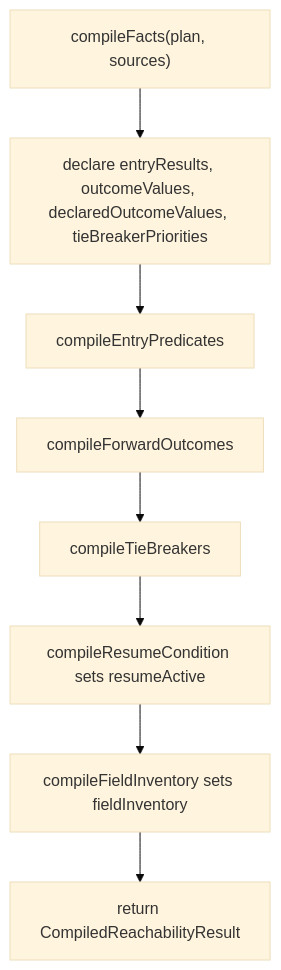
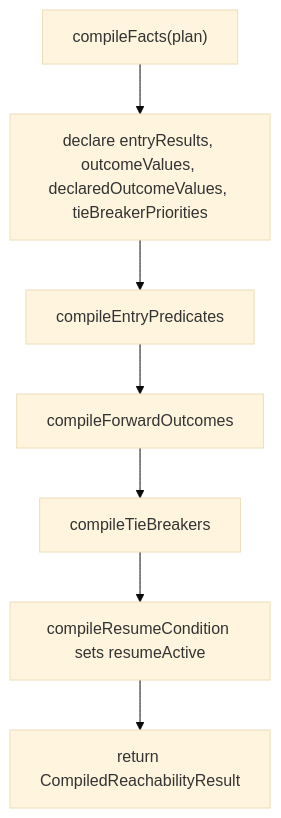
The first of 6 diagrams in packages/forge-core/src/engine/concerns/reachability/lowering/README.md (ministryofjustice/hmpps-forge), drawn with Mermaid (base theme) before and after one commit. The commit also changed other lines of this file and 34 other files, not shown here.

Commit message:
Give answer-cleardown its own compiled field inventory artifact

````diff
--- a/packages/forge-core/src/engine/concerns/reachability/lowering/README.md
+++ b/packages/forge-core/src/engine/concerns/reachability/lowering/README.md
@@ -44,10 +36,9 @@
 ```mermaid
 flowchart TD
-  start["compileFacts(plan, sources)"] --> arrays["declare entryResults, outcomeValues, declaredOutcomeValues, tieBreakerPriorities"]
+  start["compileFacts(plan)"] --> arrays["declare entryResults, outcomeValues, declaredOutcomeValues, tieBreakerPriorities"]
   arrays --> entry["compileEntryPredicates"]
   entry --> forward["compileForwardOutcomes"]
   forward --> tie["compileTieBreakers"]
   tie --> resume["compileResumeCondition sets resumeActive"]
-  resume --> inventory["compileFieldInventory sets fieldInventory"]
-  inventory --> ret["return CompiledReachabilityResult"]
+  resume --> ret["return CompiledReachabilityResult"]
 ```
````
